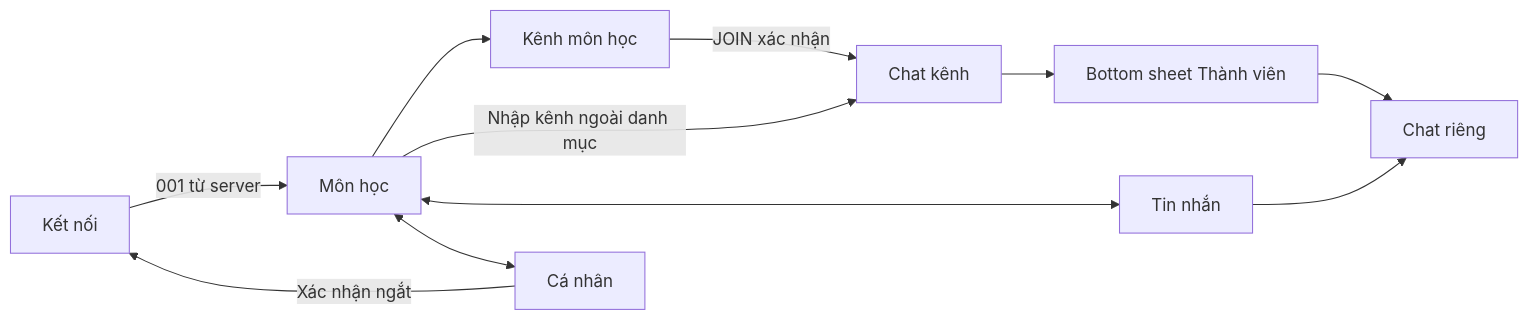
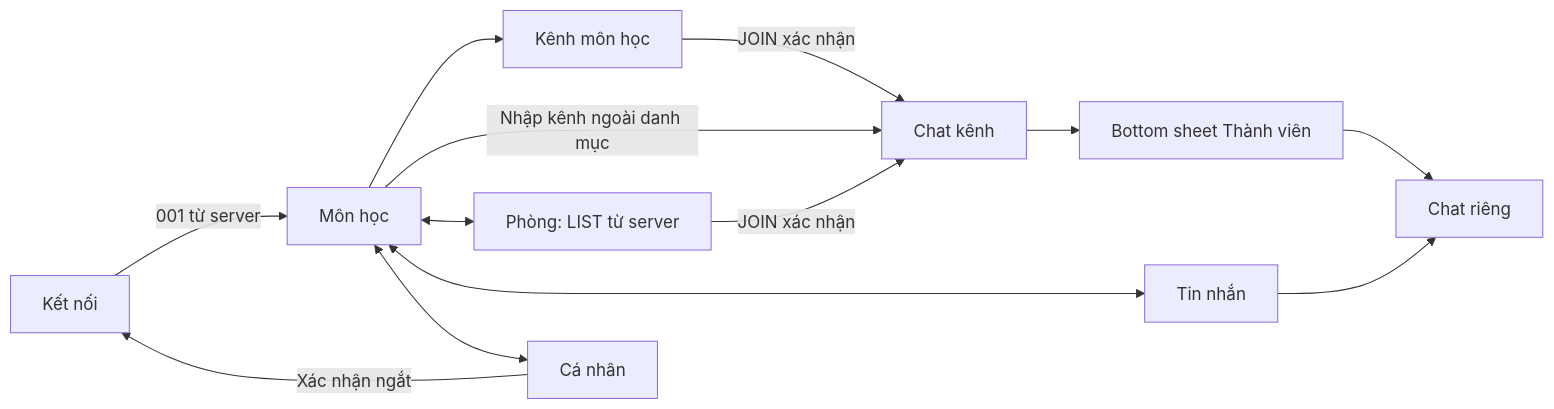
The second of 2 diagrams in docs/ARCHITECTURE.md (phamduyductam-design/USTH_CONNECT), drawn with Mermaid before and after one commit. The commit also changed other lines of this file and 46 other files, not shown here.

````diff
--- a/docs/ARCHITECTURE.md
+++ b/docs/ARCHITECTURE.md
@@ -34,13 +34,15 @@
 ```mermaid
 flowchart LR
     A[Kết nối] -->|001 từ server| B[Môn học]
     B --> C[Kênh môn học]
     C -->|JOIN xác nhận| D[Chat kênh]
     B -->|Nhập kênh ngoài danh mục| D
     D --> E[Bottom sheet Thành viên]
     E --> F[Chat riêng]
+    B <--> S[Phòng: LIST từ server]
+    S -->|JOIN xác nhận| D
     B <--> G[Tin nhắn]
     G --> F
     B <--> H[Cá nhân]
     H -->|Xác nhận ngắt| A
 ```
````
